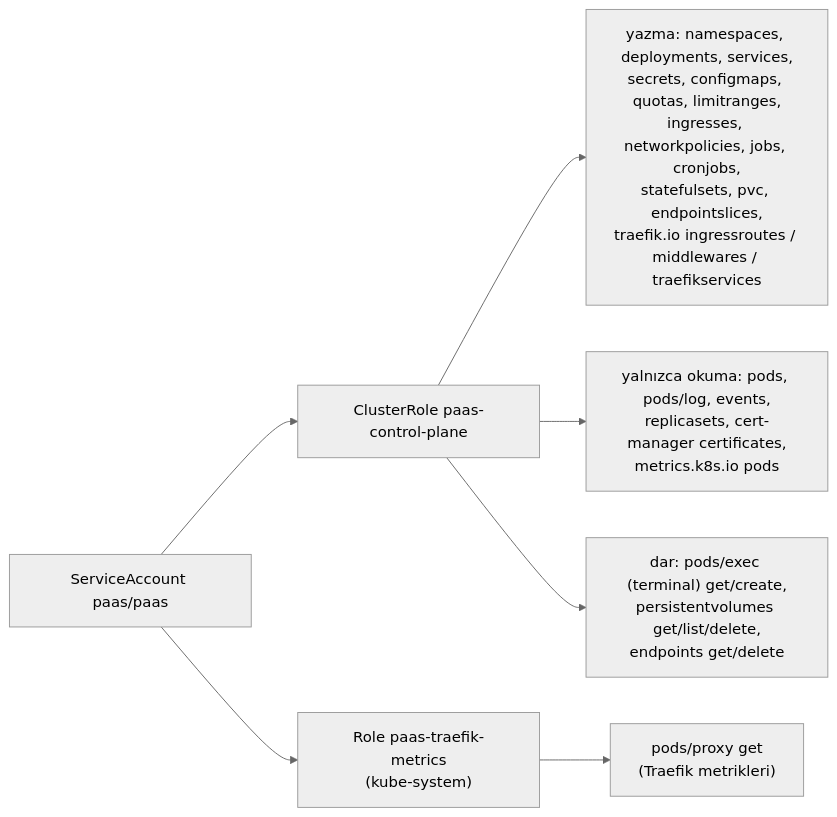
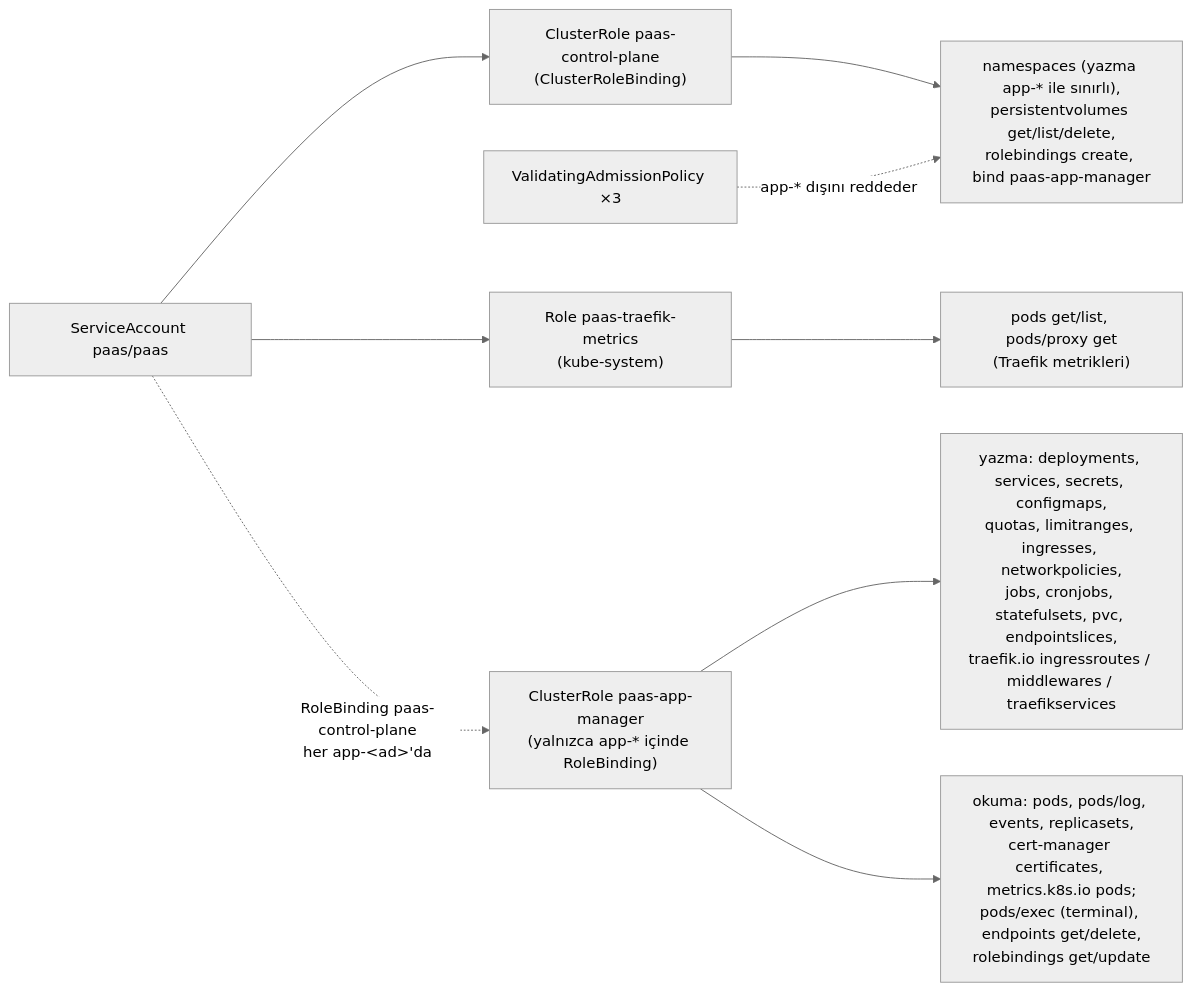
Before and after one commit to Nisagwn/paas: the eighth of 9 diagrams in docs/MIMARI.md, drawn with Mermaid (neutral theme). The commit also changed other lines of this file and 13 other files, not shown here.

````diff
--- a/docs/MIMARI.md
+++ b/docs/MIMARI.md
@@ -584,12 +619,16 @@
 ```mermaid
 flowchart LR
     SA["ServiceAccount paas/paas"]
-    CR["ClusterRole paas-control-plane"]
+    CR["ClusterRole paas-control-plane<br/>(ClusterRoleBinding)"]
+    AM["ClusterRole paas-app-manager<br/>(yalnızca app-* içinde RoleBinding)"]
     R["Role paas-traefik-metrics<br/>(kube-system)"]
+    VAP["ValidatingAdmissionPolicy ×3"]
     SA --> CR
     SA --> R
-    CR --> W1["yazma: namespaces, deployments, services,<br/>secrets, configmaps, quotas, limitranges,<br/>ingresses, networkpolicies, jobs, cronjobs,<br/>statefulsets, pvc, endpointslices,<br/>traefik.io ingressroutes / middlewares / traefikservices"]
-    CR --> R1["yalnızca okuma: pods, pods/log, events,<br/>replicasets, cert-manager certificates,<br/>metrics.k8s.io pods"]
-    CR --> X1["dar: pods/exec (terminal) get/create,<br/>persistentvolumes get/list/delete,<br/>endpoints get/delete"]
-    R --> R2["pods/proxy get<br/>(Traefik metrikleri)"]
+    SA -. "RoleBinding paas-control-plane<br/>her app-&lt;ad&gt;'da" .-> AM
+    CR --> C1["namespaces (yazma app-* ile sınırlı),<br/>persistentvolumes get/list/delete,<br/>rolebindings create, bind paas-app-manager"]
+    VAP -. "app-* dışını reddeder" .-> C1
+    AM --> W1["yazma: deployments, services, secrets, configmaps,<br/>quotas, limitranges, ingresses, networkpolicies,<br/>jobs, cronjobs, statefulsets, pvc, endpointslices,<br/>traefik.io ingressroutes / middlewares / traefikservices"]
+    AM --> R1["okuma: pods, pods/log, events, replicasets,<br/>cert-manager certificates, metrics.k8s.io pods;<br/>pods/exec (terminal), endpoints get/delete,<br/>rolebindings get/update"]
+    R --> R2["pods get/list, pods/proxy get<br/>(Traefik metrikleri)"]
 ```
````
